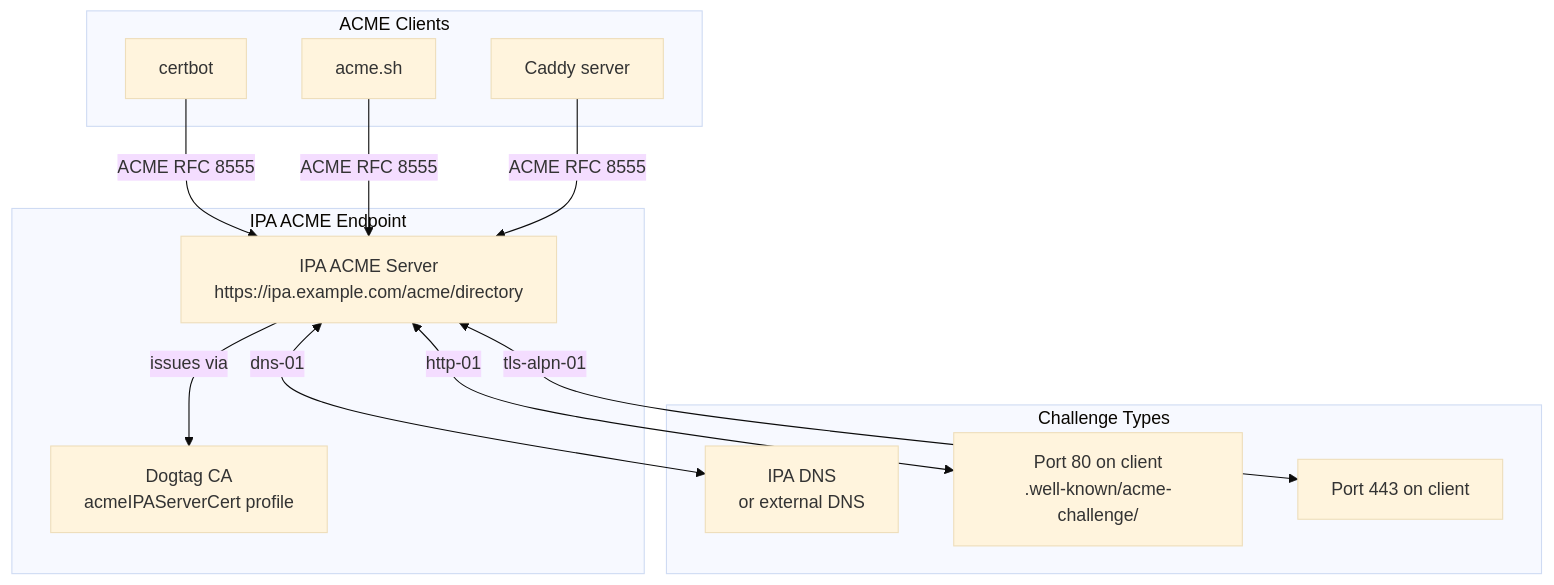
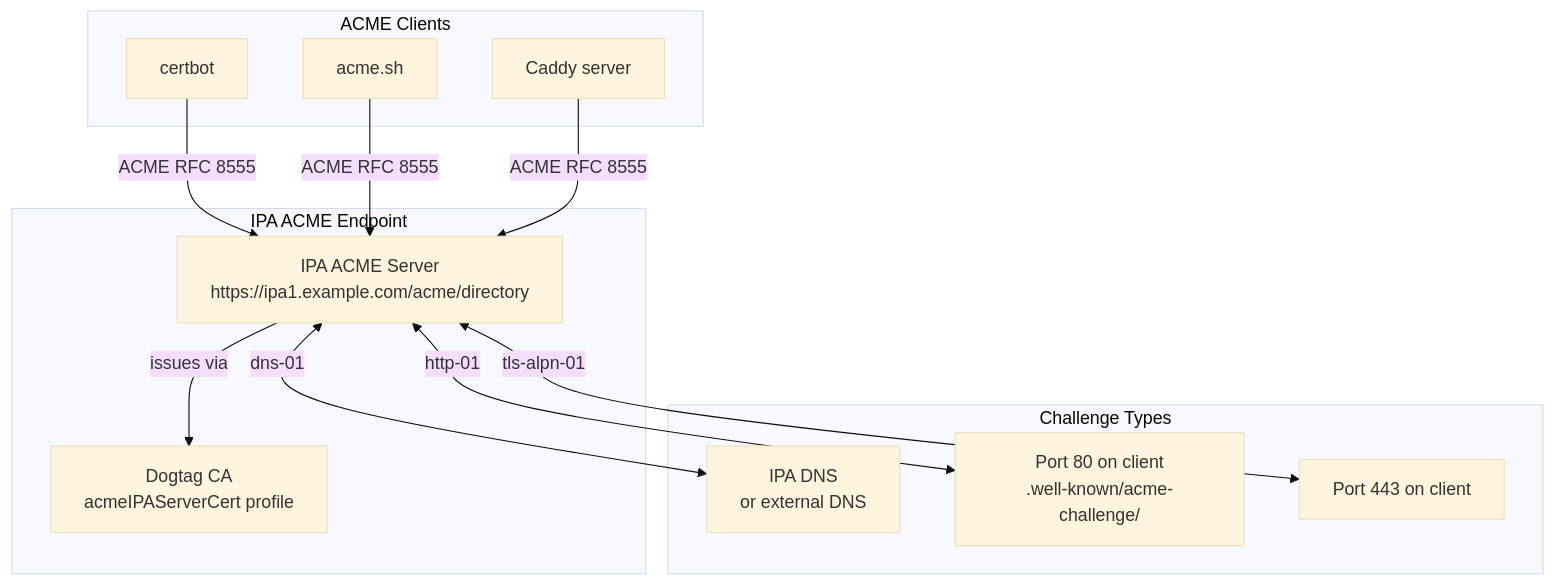
The second of 8 diagrams in 10_certificate_management_advanced.md (UncleJS/course_FreeIPA), drawn with Mermaid (base theme) before and after one commit. The commit also changed other lines of this file and 22 other files, not shown here.

````diff
--- a/10_certificate_management_advanced.md
+++ b/10_certificate_management_advanced.md
@@ -233,17 +233,17 @@
 ```mermaid
 graph TD
     subgraph "IPA ACME Endpoint"
-        ACME[IPA ACME Server\nhttps://ipa.example.com/acme/directory]
+        ACME[IPA ACME Server\nhttps://ipa1.example.com/acme/directory]
         ACME -->|issues via| CA[Dogtag CA\nacmeIPAServerCert profile]
     end
     subgraph "ACME Clients"
         CB[certbot] -->|ACME RFC 8555| ACME
         AS[acme.sh] -->|ACME RFC 8555| ACME
         CD[Caddy server] -->|ACME RFC 8555| ACME
     end
     subgraph "Challenge Types"
         ACME <-->|dns-01| DNS[IPA DNS\nor external DNS]
         ACME <-->|http-01| HTTP[Port 80 on client\n.well-known/acme-challenge/]
         ACME <-->|tls-alpn-01| TLS[Port 443 on client]
     end
 ```
````
